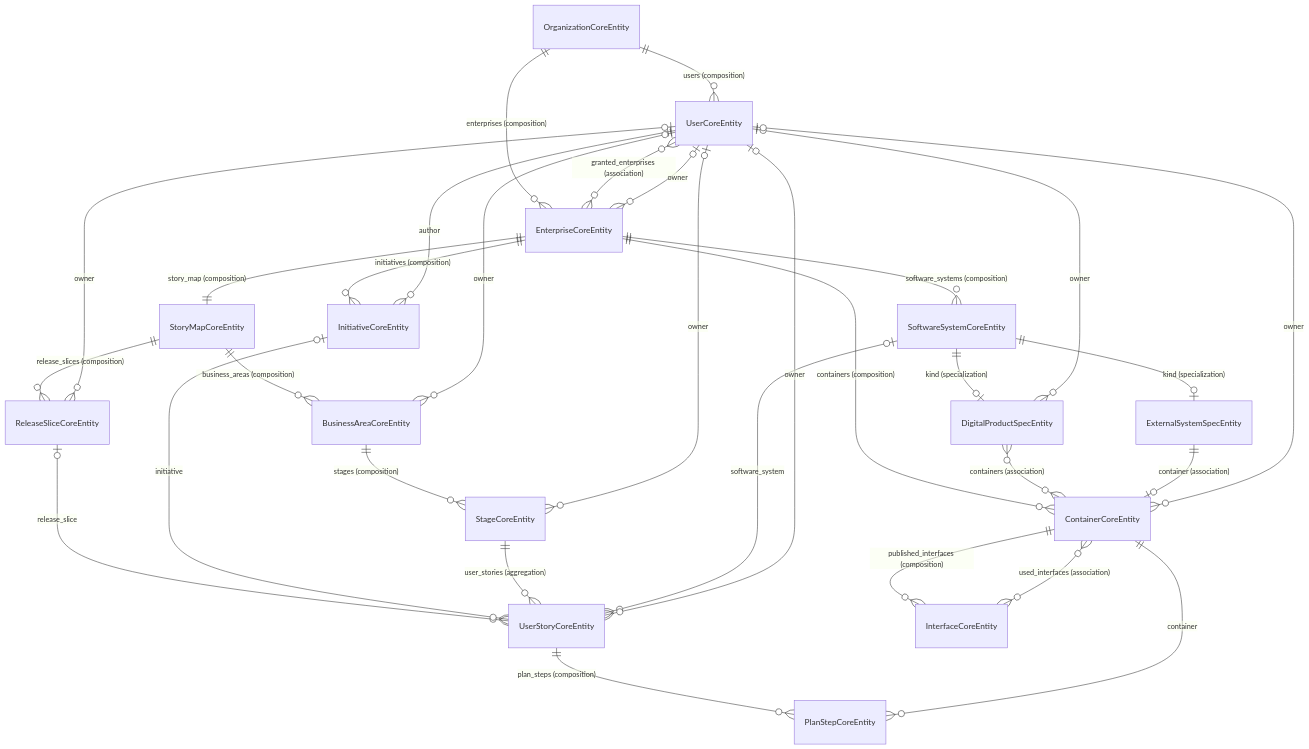
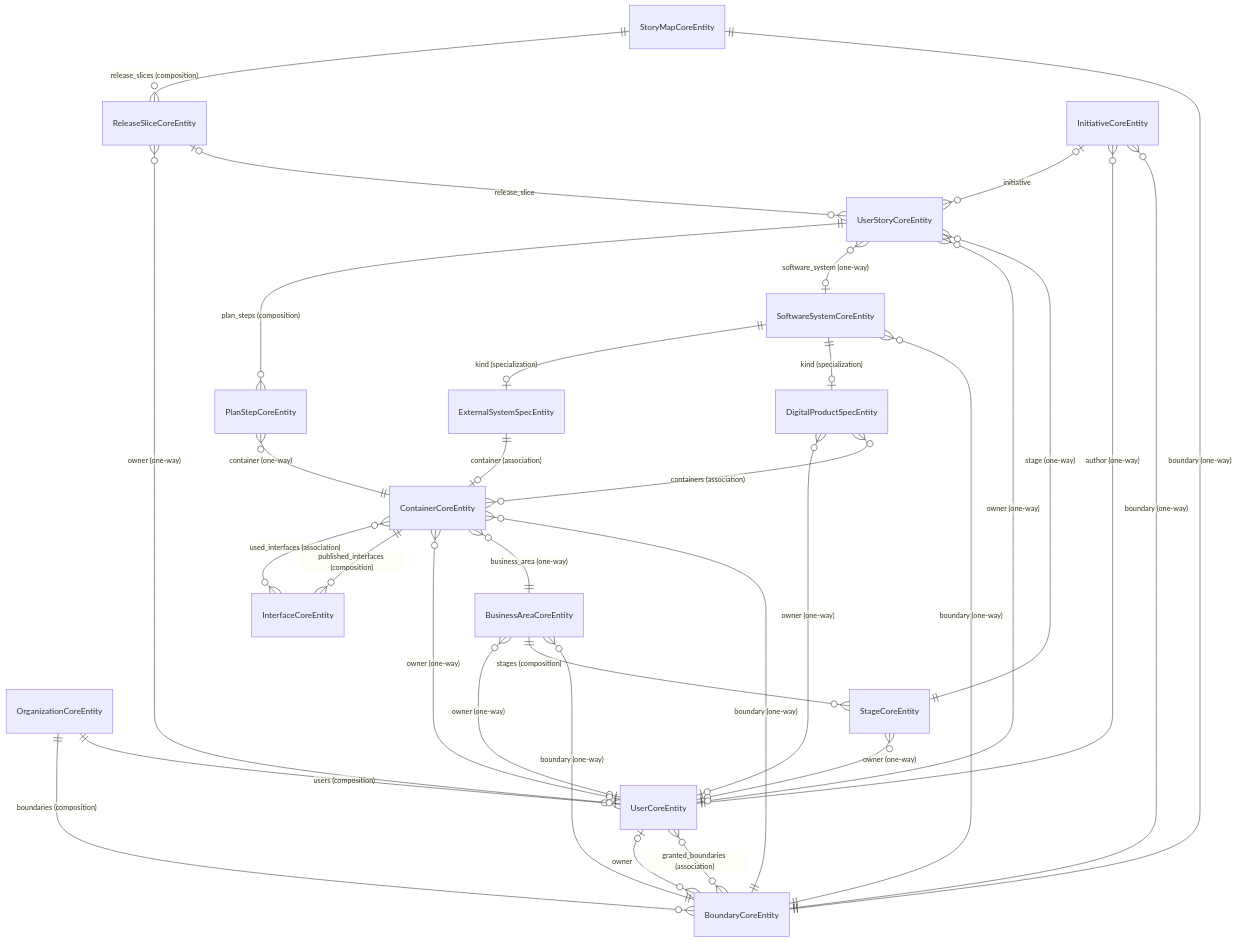
Before and after one commit to bystrovmaxim/gnomon: the diagram in specs/059-maxitor-concept/data-model.md, drawn with Mermaid. The commit also changed other lines of this file and 7 other files, not shown here.

First line of the commit message:
docs(spec 059): the concept model on the current AOA, boundaries and no SSO (#73)

````diff
--- a/specs/059-maxitor-concept/data-model.md
+++ b/specs/059-maxitor-concept/data-model.md
@@ -26,33 +31,34 @@
 ```mermaid
 erDiagram
     OrganizationCoreEntity ||--o{ UserCoreEntity : "users (composition)"
-    OrganizationCoreEntity ||--o{ EnterpriseCoreEntity : "enterprises (composition)"
-    UserCoreEntity }o--o{ EnterpriseCoreEntity : "granted_enterprises (association)"
-    UserCoreEntity |o--o{ EnterpriseCoreEntity : "owner"
-    EnterpriseCoreEntity ||--|| StoryMapCoreEntity : "story_map (composition)"
-    StoryMapCoreEntity ||--o{ BusinessAreaCoreEntity : "business_areas (composition)"
-    StoryMapCoreEntity ||--o{ ReleaseSliceCoreEntity : "release_slices (composition)"
-    ReleaseSliceCoreEntity |o--o{ UserStoryCoreEntity : "release_slice"
-    EnterpriseCoreEntity ||--o{ InitiativeCoreEntity : "initiatives (composition)"
-    InitiativeCoreEntity |o--o{ UserStoryCoreEntity : "initiative"
-    UserCoreEntity ||--o{ InitiativeCoreEntity : "author"
-    UserCoreEntity |o--o{ ReleaseSliceCoreEntity : "owner"
+    OrganizationCoreEntity ||--o{ BoundaryCoreEntity : "boundaries (composition)"
+    UserCoreEntity }o--o{ BoundaryCoreEntity : "granted_boundaries (association)"
+    UserCoreEntity |o--o{ BoundaryCoreEntity : "owner"
+    BusinessAreaCoreEntity }o--|| BoundaryCoreEntity : "boundary (one-way)"
     BusinessAreaCoreEntity ||--o{ StageCoreEntity : "stages (composition)"
-    StageCoreEntity ||--o{ UserStoryCoreEntity : "user_stories (aggregation)"
-    UserStoryCoreEntity ||--o{ PlanStepCoreEntity : "plan_steps (composition)"
-    SoftwareSystemCoreEntity |o--o{ UserStoryCoreEntity : "software_system"
-    ContainerCoreEntity ||--o{ PlanStepCoreEntity : "container"
-    EnterpriseCoreEntity ||--o{ SoftwareSystemCoreEntity : "software_systems (composition)"
-    EnterpriseCoreEntity ||--o{ ContainerCoreEntity : "containers (composition)"
+    BusinessAreaCoreEntity }o--o| UserCoreEntity : "owner (one-way)"
+    StageCoreEntity }o--o| UserCoreEntity : "owner (one-way)"
+    SoftwareSystemCoreEntity }o--|| BoundaryCoreEntity : "boundary (one-way)"
+    ContainerCoreEntity }o--|| BoundaryCoreEntity : "boundary (one-way)"
+    ContainerCoreEntity }o--|| BusinessAreaCoreEntity : "business_area (one-way)"
+    ContainerCoreEntity }o--o| UserCoreEntity : "owner (one-way)"
     SoftwareSystemCoreEntity ||--o| DigitalProductSpecEntity : "kind (specialization)"
     SoftwareSystemCoreEntity ||--o| ExternalSystemSpecEntity : "kind (specialization)"
     DigitalProductSpecEntity }o--o{ ContainerCoreEntity : "containers (association)"
+    DigitalProductSpecEntity }o--o| UserCoreEntity : "owner (one-way)"
     ExternalSystemSpecEntity ||--o| ContainerCoreEntity : "container (association)"
     ContainerCoreEntity ||--o{ InterfaceCoreEntity : "published_interfaces (composition)"
     ContainerCoreEntity }o--o{ InterfaceCoreEntity : "used_interfaces (association)"
-    UserCoreEntity |o--o{ BusinessAreaCoreEntity : "owner"
-    UserCoreEntity |o--o{ StageCoreEntity : "owner"
-    UserCoreEntity |o--o{ UserStoryCoreEntity : "owner"
-    UserCoreEntity |o--o{ DigitalProductSpecEntity : "owner"
-    UserCoreEntity |o--o{ ContainerCoreEntity : "owner"
+    StoryMapCoreEntity ||--|| BoundaryCoreEntity : "boundary (one-way)"
+    StoryMapCoreEntity ||--o{ ReleaseSliceCoreEntity : "release_slices (composition)"
+    ReleaseSliceCoreEntity |o--o{ UserStoryCoreEntity : "release_slice"
+    ReleaseSliceCoreEntity }o--o| UserCoreEntity : "owner (one-way)"
+    InitiativeCoreEntity }o--|| BoundaryCoreEntity : "boundary (one-way)"
+    InitiativeCoreEntity }o--|| UserCoreEntity : "author (one-way)"
+    InitiativeCoreEntity |o--o{ UserStoryCoreEntity : "initiative"
+    UserStoryCoreEntity }o--|| StageCoreEntity : "stage (one-way)"
+    UserStoryCoreEntity }o--o| UserCoreEntity : "owner (one-way)"
+    UserStoryCoreEntity }o--o| SoftwareSystemCoreEntity : "software_system (one-way)"
+    UserStoryCoreEntity ||--o{ PlanStepCoreEntity : "plan_steps (composition)"
+    PlanStepCoreEntity }o--|| ContainerCoreEntity : "container (one-way)"
 ```
````
